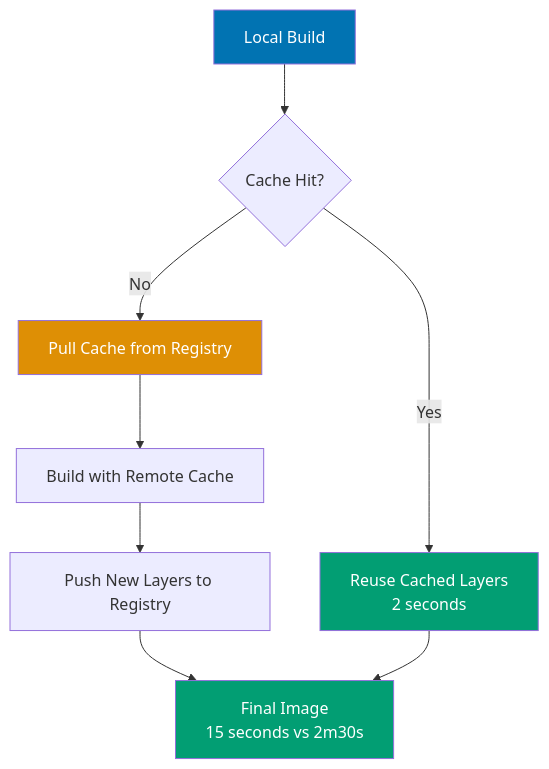
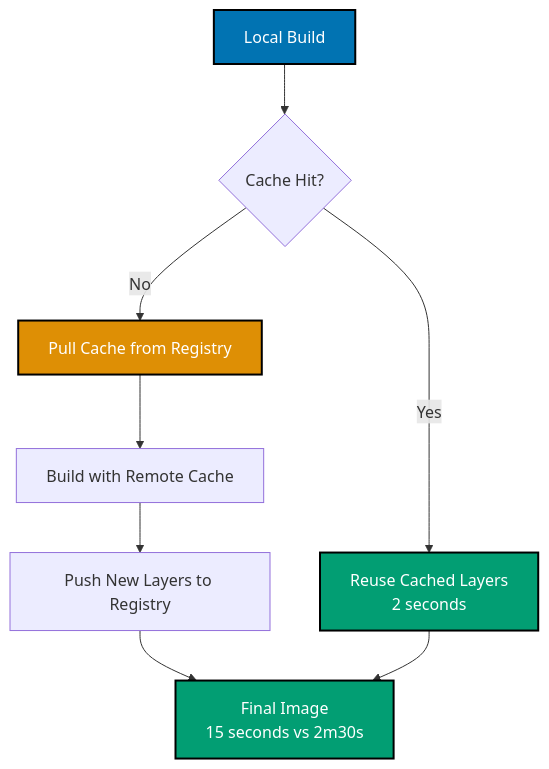
The fourth of 11 diagrams in apps/ayokoding-web/content/en/learn/software-engineering/infrastructure/tools/docker/by-example/intermediate.md (wahidyankf/open-sharia-enterprise), drawn with Mermaid before and after one commit. The commit also changed other lines of this file and 25 other files, not shown here.

````diff
--- a/apps/ayokoding-web/content/en/learn/software-engineering/infrastructure/tools/docker/by-example/intermediate.md
+++ b/apps/ayokoding-web/content/en/learn/software-engineering/infrastructure/tools/docker/by-example/intermediate.md
@@ -640,16 +643,17 @@
 ```mermaid
+%% Color Palette: Blue #0173B2, Orange #DE8F05, Teal #029E73, Purple #CC78BC, Brown #CA9161
 %% Build caching flow
 graph TD
  A["Local Build"] --> B{Cache Hit?}
  B -->|Yes| C["Reuse Cached Layers<br/>2 seconds"]
  B -->|No| D["Pull Cache from Registry"]
  D --> E["Build with Remote Cache"]
  E --> F["Push New Layers to Registry"]
  F --> G["Final Image<br/>15 seconds vs 2m30s"]
  C --> G
 
- style A fill:#0173B2,color:#fff
- style C fill:#029E73,color:#fff
- style D fill:#DE8F05,color:#fff
- style G fill:#029E73,color:#fff
+ style A fill:#0173B2,stroke:#000000,stroke-width:2px,color:#fff
+ style C fill:#029E73,stroke:#000000,stroke-width:2px,color:#fff
+ style D fill:#DE8F05,stroke:#000000,stroke-width:2px,color:#fff
+ style G fill:#029E73,stroke:#000000,stroke-width:2px,color:#fff
 ```
````
